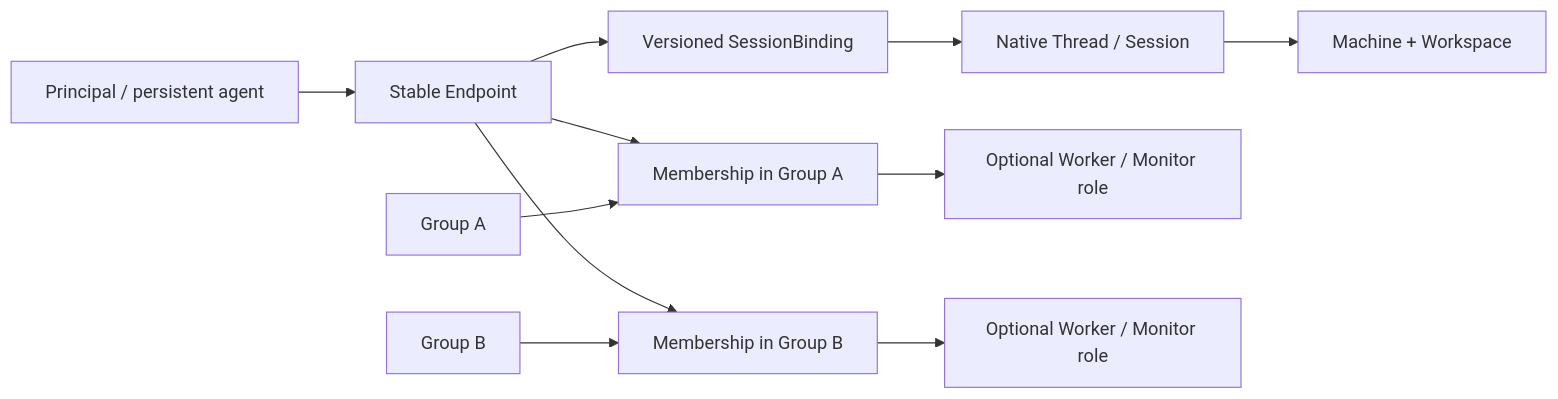
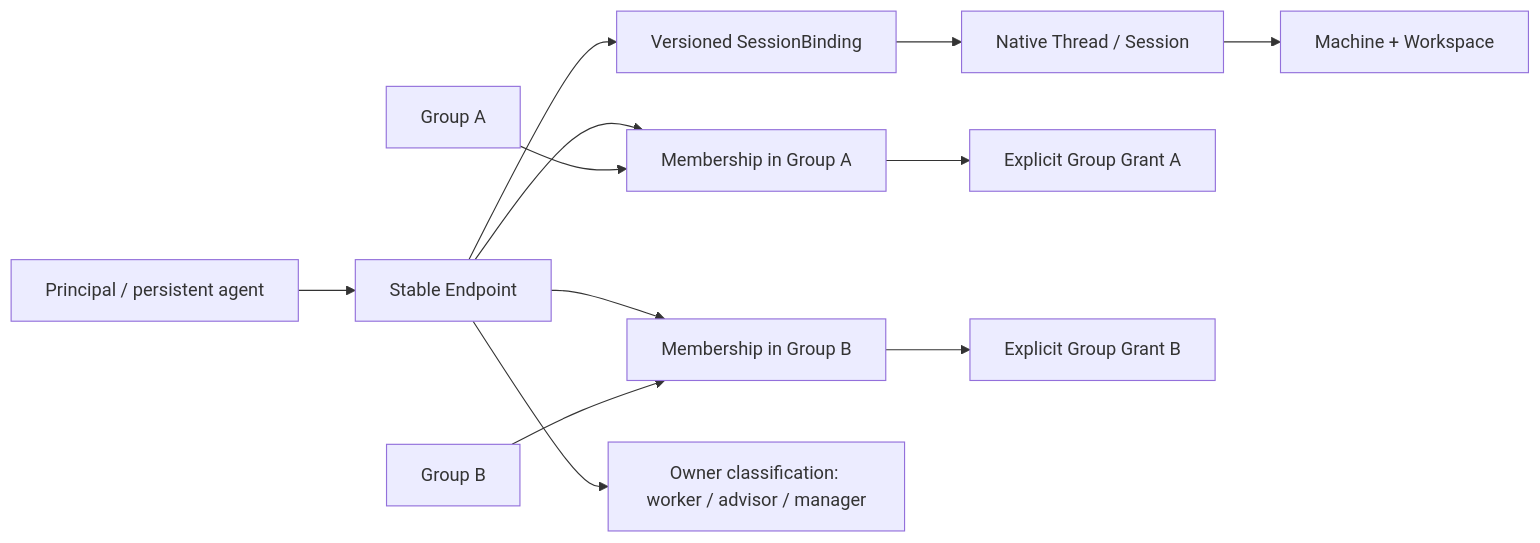
One commit to cicada-fabric/cicada changed the second of 2 diagrams in CICADA.md. Above: the diagram before and after it, drawn with Mermaid. The commit also changed other lines of this file and 18 other files, not shown here.

````diff
--- a/CICADA.md
+++ b/CICADA.md
@@ -416,13 +416,14 @@
 ```mermaid
 flowchart LR
     P[Principal / persistent agent] --> E[Stable Endpoint]
     E --> B[Versioned SessionBinding]
     B --> S[Native Thread / Session]
     S --> W[Machine + Workspace]
     E --> M1[Membership in Group A]
     E --> M2[Membership in Group B]
-    M1 --> R1[Optional Worker / Monitor role]
-    M2 --> R2[Optional Worker / Monitor role]
+    M1 --> R1[Explicit Group Grant A]
+    M2 --> R2[Explicit Group Grant B]
+    E --> C[Owner classification: worker / advisor / manager]
     G1[Group A] --> M1
     G2[Group B] --> M2
 ```
````
